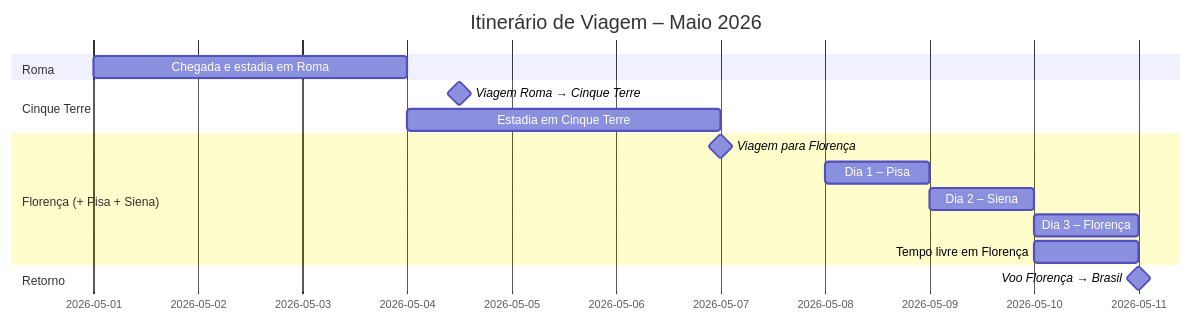
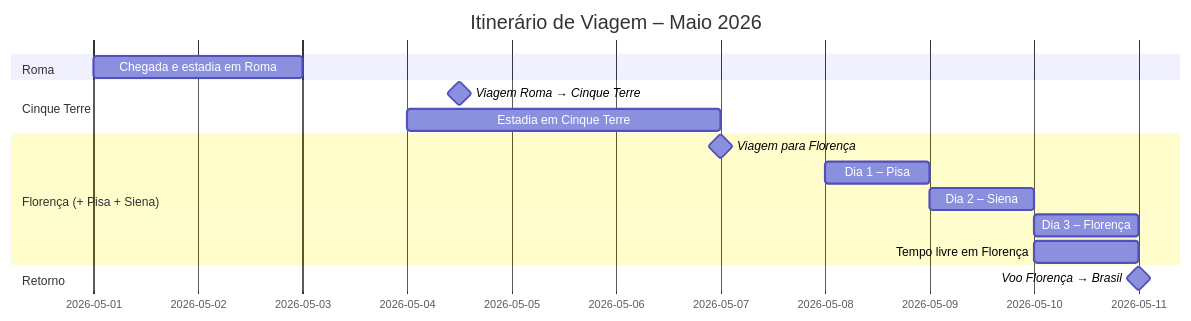
Before and after one commit to paulovcastagnari/planejamento-viagem-2026: the first of 2 diagrams in README.md, drawn with Mermaid.

````diff
--- a/README.md
+++ b/README.md
@@ -21,22 +21,22 @@
 ```mermaid
 gantt
     dateFormat  YYYY-MM-DD
     title Itinerário de Viagem – Maio 2026
 
     section Roma
-    Chegada e estadia em Roma     :2026-05-01, 2.5d
+    Chegada e estadia em Roma     :2026-05-01, 2.25d
 
     section Cinque Terre
     Viagem Roma → Cinque Terre   :milestone, ct_arrive, 2026-05-04, 0.5d
     Estadia em Cinque Terre      :2026-05-04, 2.5d
 
     section Florença (+ Pisa + Siena)
     Viagem para Florença         :milestone, fl_arrive, 2026-05-07, 0d
     Dia 1 – Pisa                 :2026-05-08, 1d
     Dia 2 – Siena                :2026-05-09, 1d
     Dia 3 – Florença             :2026-05-10, 1d
     Tempo livre em Florença      :2026-05-10, 1d
 
     section Retorno
     Voo Florença → Brasil        :milestone, return_bra, 2026-05-11, 0d
 ```
````
